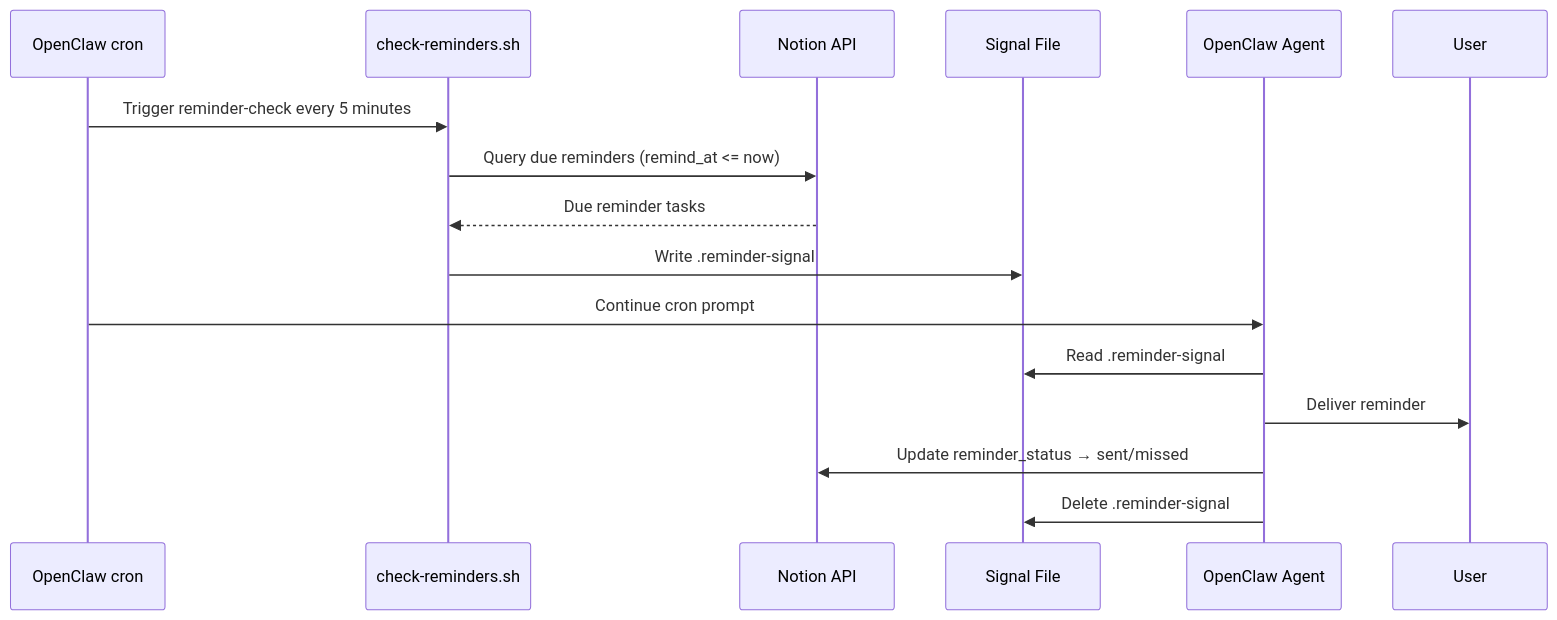
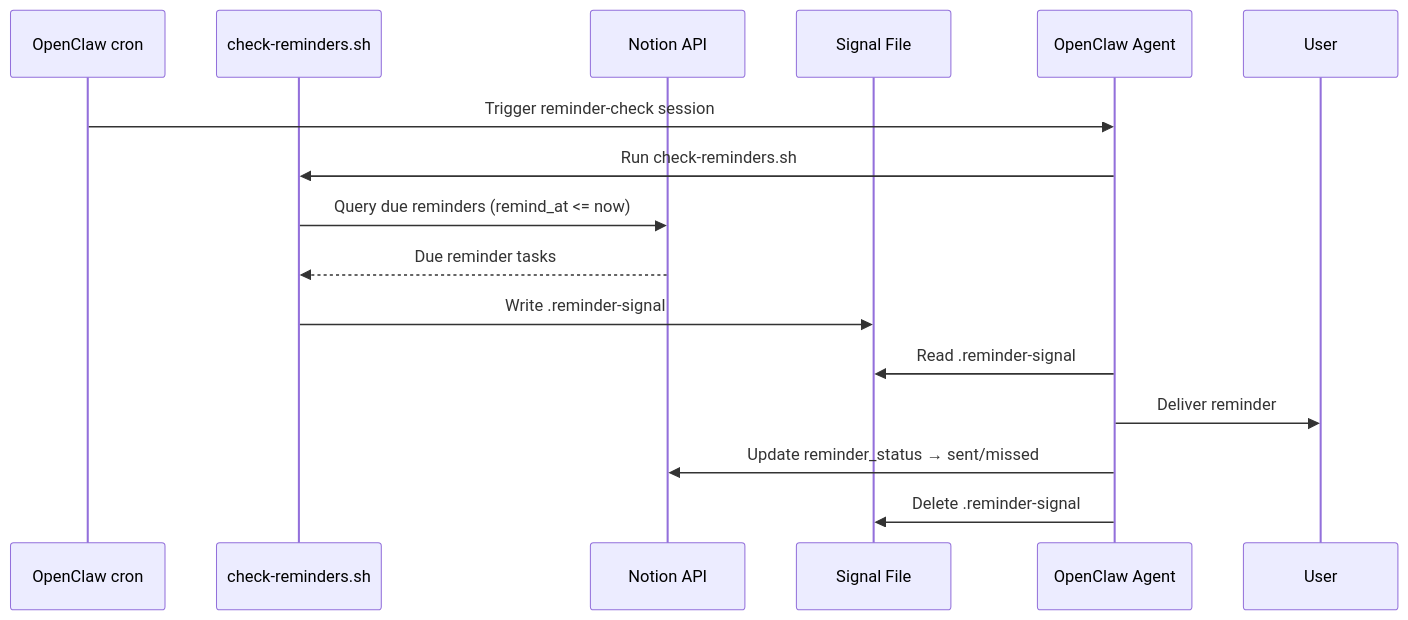
Diagram 22 of 28 in docs/user-interactions.md (NickBorgersProbably/hide-my-list), drawn with Mermaid before and after one commit. The commit also changed 4 other files, not shown here.

First line of the commit message:
Document cron-based reminder and pipeline flows

````diff
--- a/docs/user-interactions.md
+++ b/docs/user-interactions.md
@@ -757,19 +757,19 @@
 ```mermaid
 sequenceDiagram
     participant Cron as OpenClaw cron
     participant Scr as check-reminders.sh
     participant Notion as Notion API
     participant Signal as Signal File
     participant Agent as OpenClaw Agent
     participant User
 
-    Cron->>Scr: Trigger reminder-check every 5 minutes
+    Cron->>Agent: Trigger reminder-check session
+    Agent->>Scr: Run check-reminders.sh
     Scr->>Notion: Query due reminders (remind_at <= now)
     Notion-->>Scr: Due reminder tasks
     Scr->>Signal: Write .reminder-signal
-    Cron->>Agent: Continue cron prompt
     Agent->>Signal: Read .reminder-signal
     Agent->>User: Deliver reminder
     Agent->>Notion: Update reminder_status → sent/missed
     Agent->>Signal: Delete .reminder-signal
 ```
````
